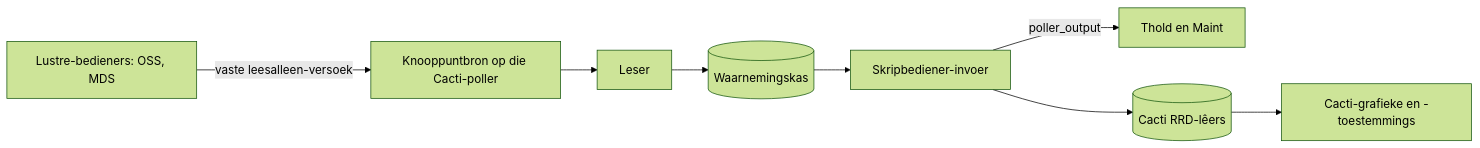
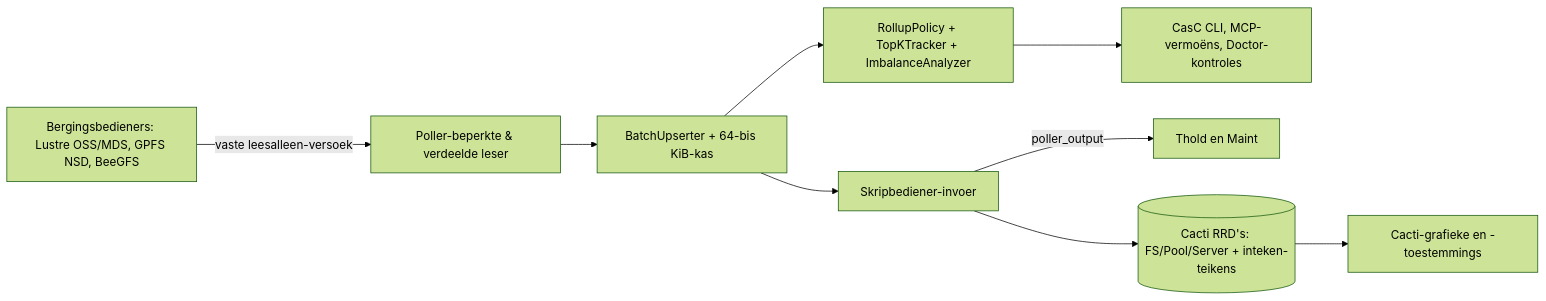
One commit to somethingwithproof/plugin_pfs changed the diagram in docs/i18n/af-ZA/README.md. Above: the diagram before and after it, drawn with Mermaid (forest theme). The commit also changed other lines of this file and 47 other files, not shown here.

````diff
--- a/docs/i18n/af-ZA/README.md
+++ b/docs/i18n/af-ZA/README.md
@@ -74,10 +82,11 @@
 ```mermaid
 flowchart LR
-    N[Lustre-bedieners: OSS, MDS] -->|vaste leesalleen-versoek| S[Knooppuntbron op die Cacti-poller]
-    S --> R[Leser]
-    R --> C[(Waarnemingskas)]
-    C --> SS[Skripbediener-invoer]
+    N[Bergingsbedieners: Lustre OSS/MDS, GPFS NSD, BeeGFS] -->|vaste leesalleen-versoek| S[Poller-beperkte & verdeelde leser]
+    S --> B[BatchUpserter + 64-bis KiB-kas]
+    B --> R[RollupPolicy + TopKTracker + ImbalanceAnalyzer]
+    B --> SS[Skripbediener-invoer]
+    R --> ECO[CasC CLI, MCP-vermoëns, Doctor-kontroles]
     SS -->|poller_output| T[Thold en Maint]
-    SS --> RRD[(Cacti RRD-lêers)]
+    SS --> RRD[(Cacti RRD's: FS/Pool/Server + inteken-teikens)]
     RRD --> G[Cacti-grafieke en -toestemmings]
 ```
````
